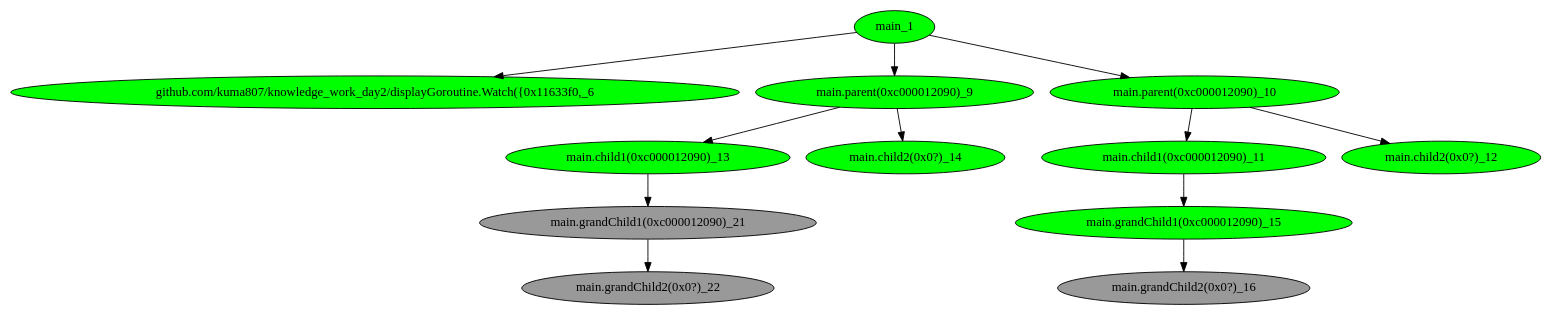
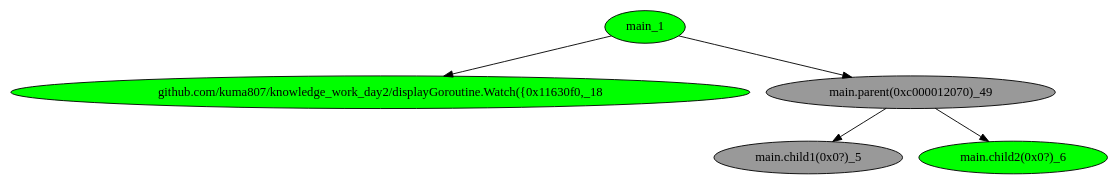
The diagram in main_testGoroutine/tree_6.dot (kuma807/knowledge_work_day2), drawn with Graphviz before and after one commit. The commit also changed 35 other files, not shown here.

```diff
--- a/main_testGoroutine/tree_6.dot
+++ b/main_testGoroutine/tree_6.dot
@@ -1,26 +1,12 @@
 digraph G {
-	"main_1"->"github.com/kuma807/knowledge_work_day2/displayGoroutine.Watch({0x11633f0,_6";
-	"main_1"->"main.parent(0xc000012090)_9";
-	"main_1"->"main.parent(0xc000012090)_10";
-	"main.parent(0xc000012090)_10"->"main.child1(0xc000012090)_11";
-	"main.parent(0xc000012090)_10"->"main.child2(0x0?)_12";
-	"main.parent(0xc000012090)_9"->"main.child1(0xc000012090)_13";
-	"main.parent(0xc000012090)_9"->"main.child2(0x0?)_14";
-	"main.child1(0xc000012090)_11"->"main.grandChild1(0xc000012090)_15";
-	"main.grandChild1(0xc000012090)_15"->"main.grandChild2(0x0?)_16";
-	"main.child1(0xc000012090)_13"->"main.grandChild1(0xc000012090)_21";
-	"main.grandChild1(0xc000012090)_21"->"main.grandChild2(0x0?)_22";
-	"github.com/kuma807/knowledge_work_day2/displayGoroutine.Watch({0x11633f0,_6" [ fillcolor="#00FF00", style="solid,filled" ];
-	"main.child1(0xc000012090)_11" [ fillcolor="#00FF00", style="solid,filled" ];
-	"main.child1(0xc000012090)_13" [ fillcolor="#00FF00", style="solid,filled" ];
-	"main.child2(0x0?)_12" [ fillcolor="#00FF00", style="solid,filled" ];
-	"main.child2(0x0?)_14" [ fillcolor="#00FF00", style="solid,filled" ];
-	"main.grandChild1(0xc000012090)_15" [ fillcolor="#00FF00", style="solid,filled" ];
-	"main.grandChild1(0xc000012090)_21" [ fillcolor="#999999", style="solid,filled" ];
-	"main.grandChild2(0x0?)_16" [ fillcolor="#999999", style="solid,filled" ];
-	"main.grandChild2(0x0?)_22" [ fillcolor="#999999", style="solid,filled" ];
-	"main.parent(0xc000012090)_10" [ fillcolor="#00FF00", style="solid,filled" ];
-	"main.parent(0xc000012090)_9" [ fillcolor="#00FF00", style="solid,filled" ];
+	"main_1"->"github.com/kuma807/knowledge_work_day2/displayGoroutine.Watch({0x11630f0,_18";
+	"main_1"->"main.parent(0xc000012070)_49";
+	"main.parent(0xc000012070)_49"->"main.child1(0x0?)_5";
+	"main.parent(0xc000012070)_49"->"main.child2(0x0?)_6";
+	"github.com/kuma807/knowledge_work_day2/displayGoroutine.Watch({0x11630f0,_18" [ fillcolor="#00FF00", style="solid,filled" ];
+	"main.child1(0x0?)_5" [ fillcolor="#999999", style="solid,filled" ];
+	"main.child2(0x0?)_6" [ fillcolor="#00FF00", style="solid,filled" ];
+	"main.parent(0xc000012070)_49" [ fillcolor="#999999", style="solid,filled" ];
 	"main_1" [ fillcolor="#00FF00", style="solid,filled" ];
 
 }
```
